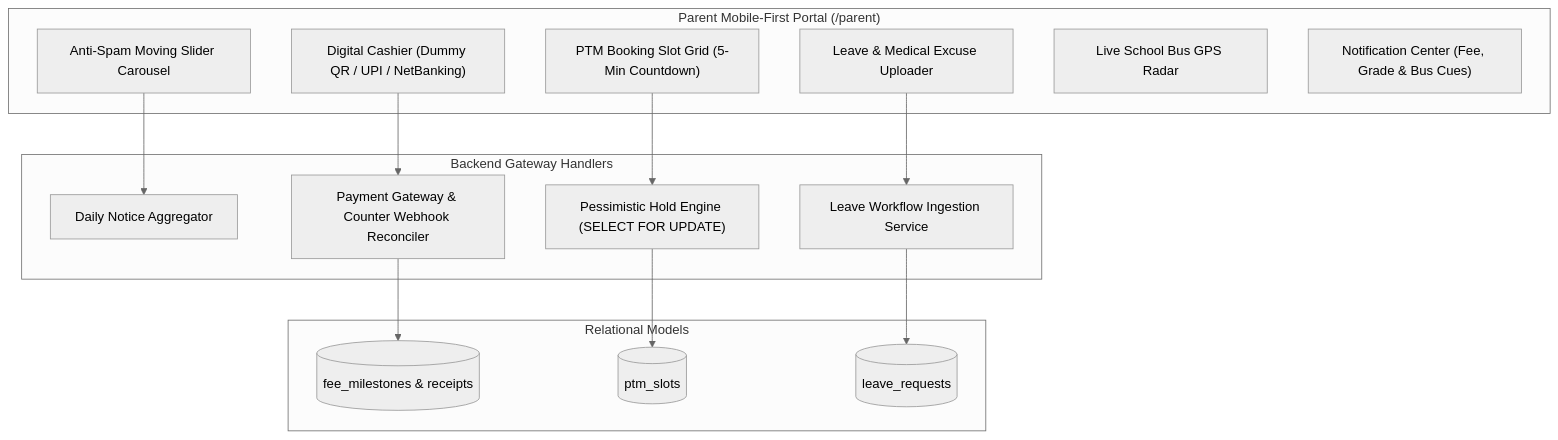
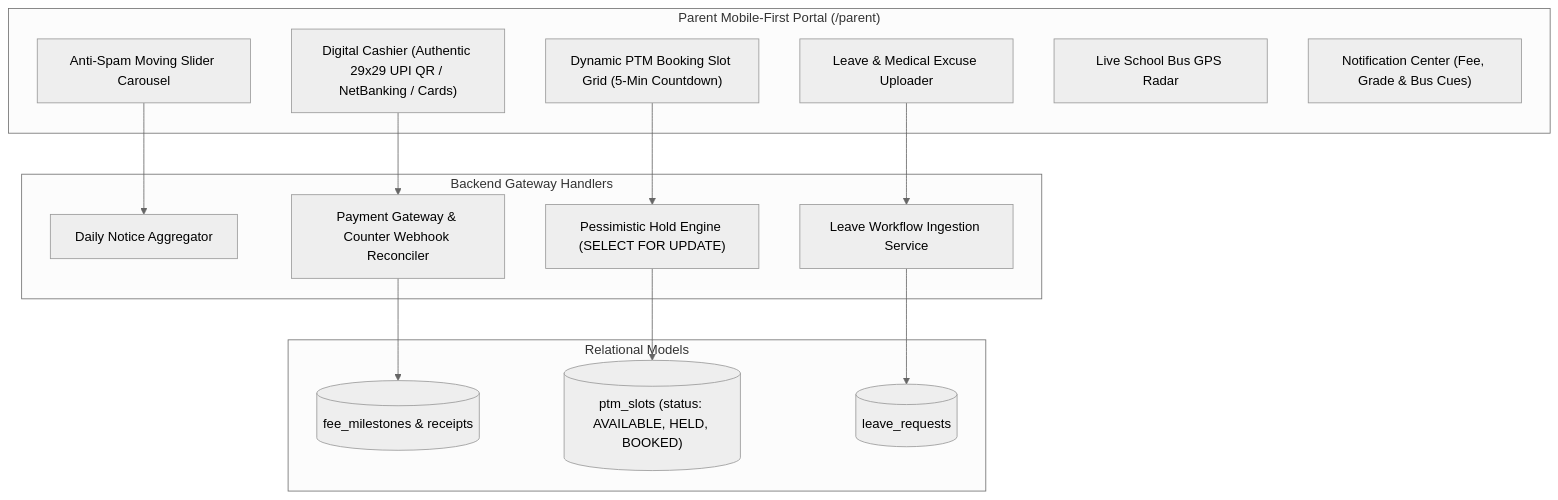
One commit to DiradzProducts/EDU360 changed the seventh of 19 diagrams in docs/architecture/ROLE_WISE_ARCHITECTURE_AND_WORKFLOWS.md. Above: the diagram before and after it, drawn with Mermaid (neutral theme). The commit also changed other lines of this file and 67 other files, not shown here.

````diff
--- a/docs/architecture/ROLE_WISE_ARCHITECTURE_AND_WORKFLOWS.md
+++ b/docs/architecture/ROLE_WISE_ARCHITECTURE_AND_WORKFLOWS.md
@@ -306,29 +319,29 @@
 ```mermaid
 graph TD
     subgraph ParentApp ["Parent Mobile-First Portal (/parent)"]
         UI_SLIDER["Anti-Spam Moving Slider Carousel"]
-        UI_CASHIER["Digital Cashier (Dummy QR / UPI / NetBanking)"]
-        UI_PTM["PTM Booking Slot Grid (5-Min Countdown)"]
+        UI_CASHIER["Digital Cashier (Authentic 29x29 UPI QR / NetBanking / Cards)"]
+        UI_PTM["Dynamic PTM Booking Slot Grid (5-Min Countdown)"]
         UI_LEAVE["Leave & Medical Excuse Uploader"]
         UI_RADAR["Live School Bus GPS Radar"]
         UI_NOTIF["Notification Center (Fee, Grade & Bus Cues)"]
     end
 
     subgraph ParentServices ["Backend Gateway Handlers"]
         SLIDER_SVC["Daily Notice Aggregator"]
         PAYMENT_RECON["Payment Gateway & Counter Webhook Reconciler"]
         PTM_PESSIMISTIC["Pessimistic Hold Engine (SELECT FOR UPDATE)"]
         LEAVE_ROUTER["Leave Workflow Ingestion Service"]
     end
 
     subgraph ParentTables ["Relational Models"]
         TBL_FEES[("fee_milestones & receipts")]
-        TBL_PTM[("ptm_slots")]
+        TBL_PTM[("ptm_slots (status: AVAILABLE, HELD, BOOKED)")]
         TBL_LEAVE_REQ[("leave_requests")]
     end
 
     UI_SLIDER --> SLIDER_SVC
     UI_CASHIER --> PAYMENT_RECON --> TBL_FEES
     UI_PTM --> PTM_PESSIMISTIC --> TBL_PTM
     UI_LEAVE --> LEAVE_ROUTER --> TBL_LEAVE_REQ
 ```
````
